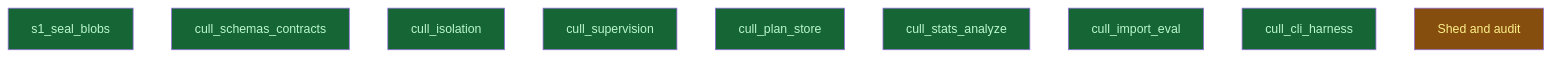
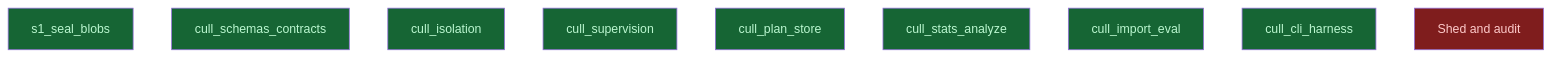
The diagram in __roadmap__/diet/README.md (CrackingShells/Candler), drawn with Mermaid before and after one commit. The commit also changed other lines of this file and 3 other files, not shown here.

````diff
--- a/__roadmap__/diet/README.md
+++ b/__roadmap__/diet/README.md
@@ -21,17 +21,17 @@
 ```mermaid
 graph TD
     s1_seal_blobs[s1_seal_blobs]:::done
     cull_schemas_contracts[cull_schemas_contracts]:::done
     cull_isolation[cull_isolation]:::done
     cull_supervision[cull_supervision]:::done
     cull_plan_store[cull_plan_store]:::done
     cull_stats_analyze[cull_stats_analyze]:::done
     cull_import_eval[cull_import_eval]:::done
     cull_cli_harness[cull_cli_harness]:::done
-    shed[Shed and audit]:::inprogress
+    shed[Shed and audit]:::blocked
     classDef done       fill:#166534,color:#bbf7d0
     classDef inprogress fill:#854d0e,color:#fef08a
     classDef planned    fill:#374151,color:#e5e7eb
     classDef amendment  fill:#1e3a5f,color:#bfdbfe
     classDef blocked    fill:#7f1d1d,color:#fecaca
 ```
````
